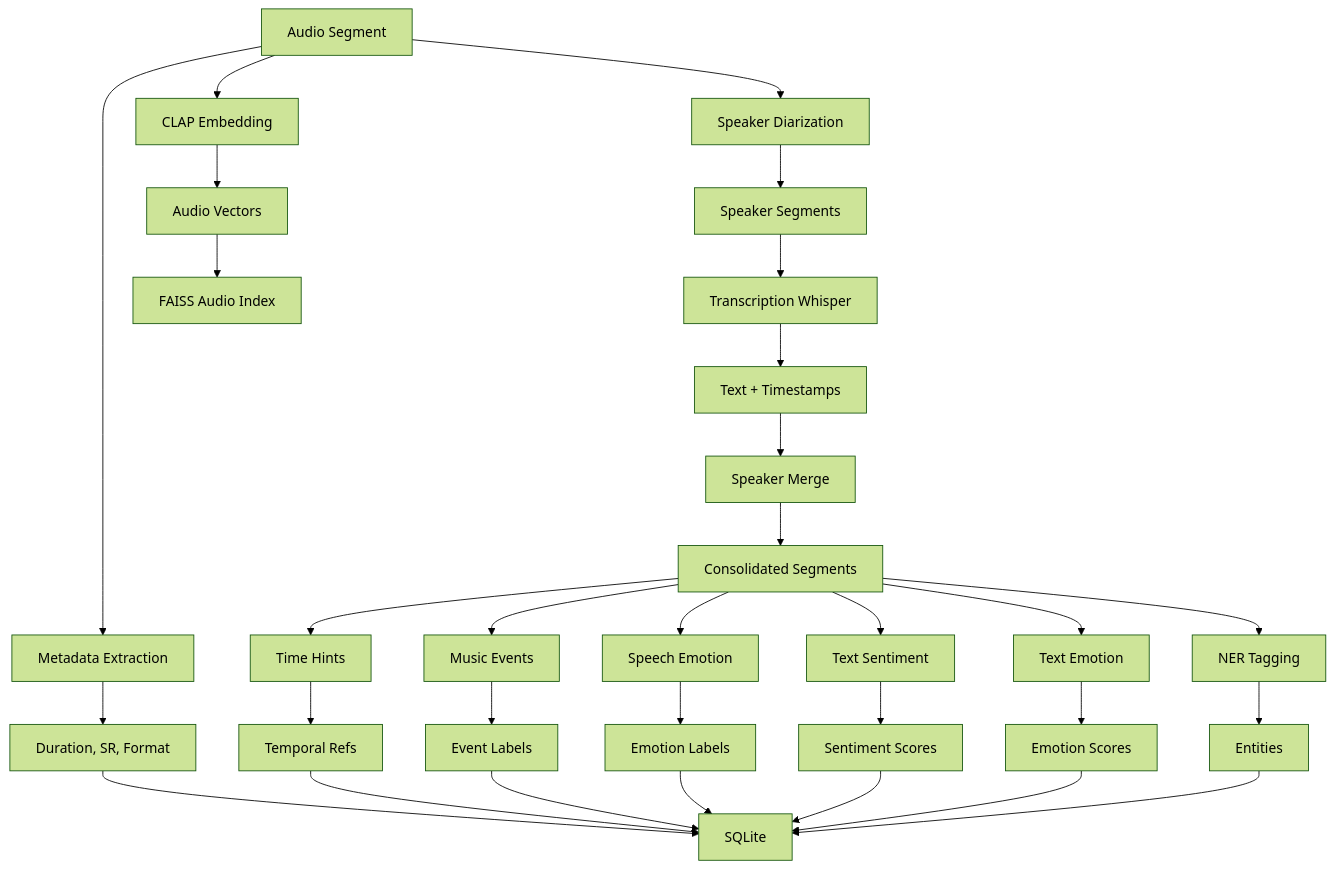
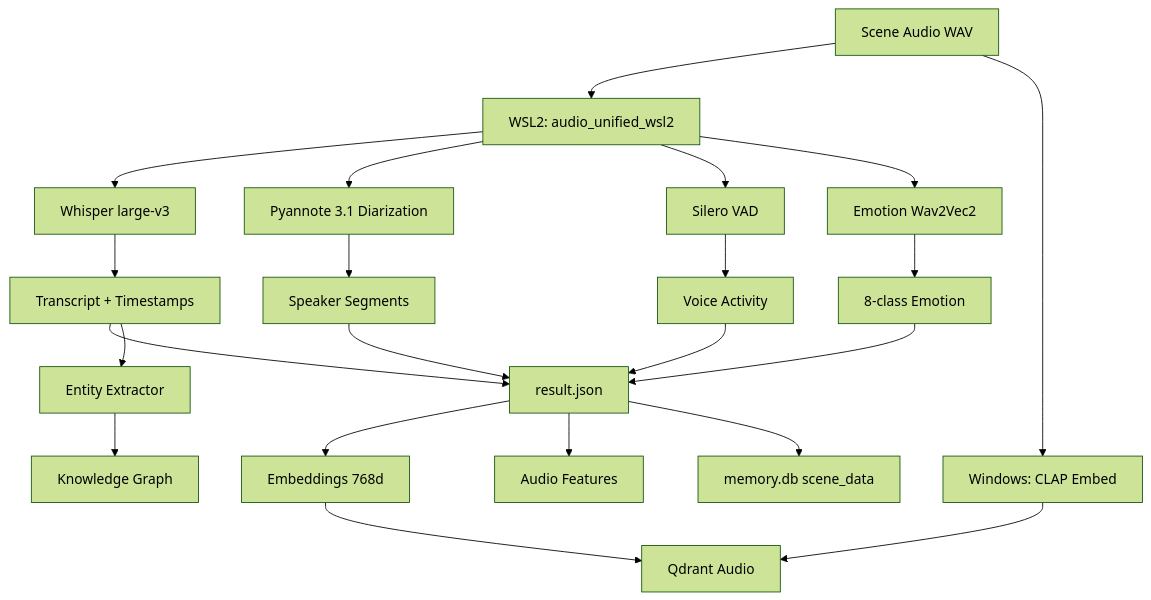
Before and after one commit to GoodQ02/goodq-memory-engine: the fourth of 10 diagrams in docs/architecture/diagrams/PIPELINE_FLOW.md, drawn with Mermaid (forest theme). The commit also changed other lines of this file and 5 other files, not shown here.

````diff
--- a/docs/architecture/diagrams/PIPELINE_FLOW.md
+++ b/docs/architecture/diagrams/PIPELINE_FLOW.md
@@ -137,40 +152,32 @@
 ```mermaid
 flowchart TD
-    A[Audio Segment] --> B[Metadata Extraction]
-    A --> C[Speaker Diarization]
+    A[Scene Audio WAV] --> B[WSL2: audio_unified_wsl2]
     
-    B --> D[Duration, SR, Format]
-    C --> E[Speaker Segments]
+    B --> C[Whisper large-v3]
+    B --> D[Pyannote 3.1 Diarization]
+    B --> E[Silero VAD]
+    B --> F[Emotion Wav2Vec2]
     
-    E --> F[Transcription Whisper]
-    F --> G[Text + Timestamps]
+    C --> G[Transcript + Timestamps]
+    D --> H[Speaker Segments]
+    E --> I[Voice Activity]
+    F --> J[8-class Emotion]
     
-    G --> H[Speaker Merge]
-    H --> I[Consolidated Segments]
+    G --> K[result.json]
+    H --> K
+    I --> K
+    J --> K
     
-    I --> J[Time Hints]
-    I --> K[Music Events]
-    I --> L[Speech Emotion]
-    I --> M[Text Sentiment]
-    I --> N[Text Emotion]
-    I --> O[NER Tagging]
+    K --> L[Embeddings 768d]
+    K --> M[Audio Features]
     
-    A --> P[CLAP Embedding]
+    A --> N[Windows: CLAP Embed]
     
-    J --> Q[Temporal Refs]
-    K --> R[Event Labels]
-    L --> S[Emotion Labels]
-    M --> T[Sentiment Scores]
-    N --> U[Emotion Scores]
-    O --> V[Entities]
-    P --> W[Audio Vectors]
+    L --> O[Qdrant Audio]
+    N --> O
     
-    D --> X[SQLite]
-    Q --> X
-    R --> X
-    S --> X
-    T --> X
-    U --> X
-    V --> X
-    W --> Y[FAISS Audio Index]
+    G --> P[Entity Extractor]
+    P --> Q[Knowledge Graph]
+    
+    K --> R[memory.db scene_data]
 ```
````
